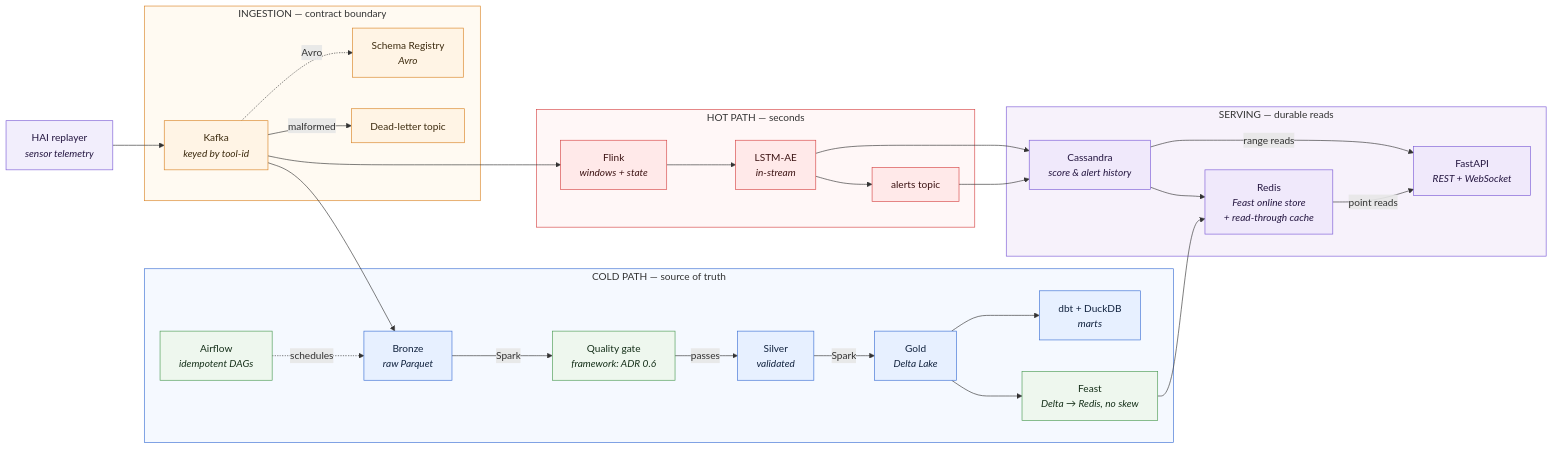
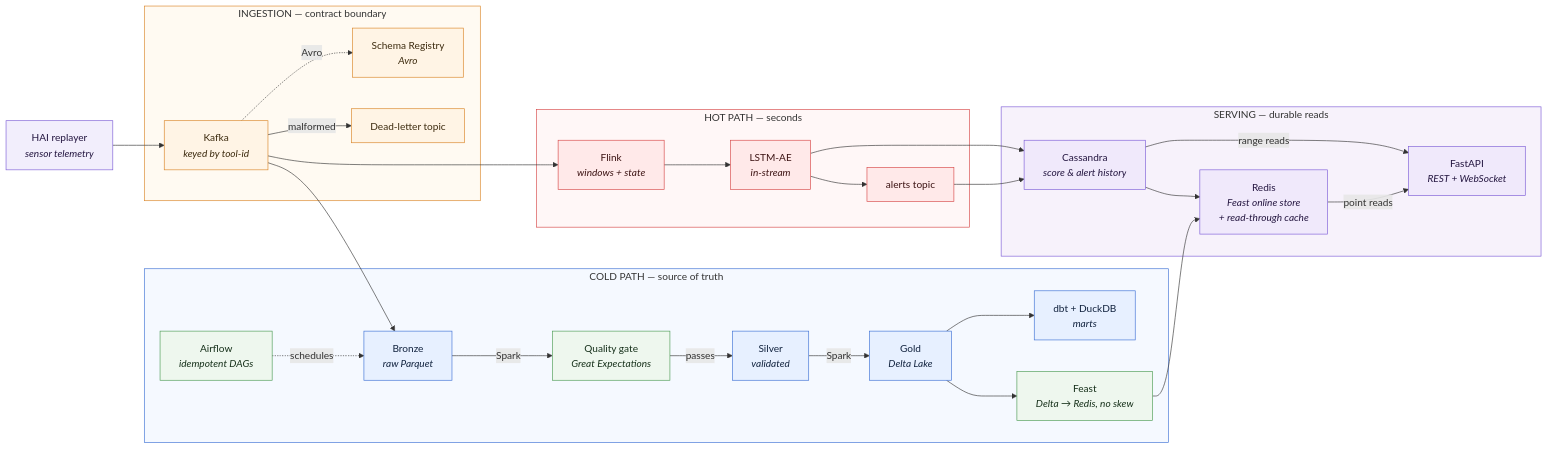
One commit to pqtrng/stream-lakehouse changed the first of 2 diagrams in README.md. Above: the diagram before and after it, drawn with Mermaid. The commit also changed other lines of this file and 1 other file, not shown here.

Commit message:
Accept ADR 0006: Great Expectations gates Silver promotion

````diff
--- a/README.md
+++ b/README.md
@@ -26,65 +26,65 @@
 ```mermaid
 flowchart LR
     SRC["HAI replayer<br/><i>sensor telemetry</i>"]
 
     subgraph EDGE["INGESTION — contract boundary"]
         KAFKA["Kafka<br/><i>keyed by tool-id</i>"]
         REG["Schema Registry<br/><i>Avro</i>"]
         DLQ["Dead-letter topic"]
     end
 
     subgraph HOT["HOT PATH — seconds"]
         FLINK["Flink<br/><i>windows + state</i>"]
         SCORE["LSTM-AE<br/><i>in-stream</i>"]
         ALERTS["alerts topic"]
     end
 
     subgraph SERVE["SERVING — durable reads"]
         CASS["Cassandra<br/><i>score &amp; alert history</i>"]
         REDIS["Redis<br/><i>Feast online store<br/>+ read-through cache</i>"]
         API["FastAPI<br/><i>REST + WebSocket</i>"]
     end
 
     subgraph COLD["COLD PATH — source of truth"]
         AIRFLOW["Airflow<br/><i>idempotent DAGs</i>"]
         BRONZE["Bronze<br/><i>raw Parquet</i>"]
-        QG["Quality gate<br/><i>framework: ADR 0.6</i>"]
+        QG["Quality gate<br/><i>Great Expectations</i>"]
         SILVER["Silver<br/><i>validated</i>"]
         GOLD["Gold<br/><i>Delta Lake</i>"]
         MART["dbt + DuckDB<br/><i>marts</i>"]
         FEAST["Feast<br/><i>Delta → Redis, no skew</i>"]
     end
 
     SRC --> KAFKA
     KAFKA -. Avro .-> REG
     KAFKA -- malformed --> DLQ
     KAFKA --> FLINK --> SCORE --> ALERTS
     SCORE --> CASS
     ALERTS --> CASS
     CASS -- range reads --> API
     CASS --> REDIS -- point reads --> API
     KAFKA --> BRONZE
     BRONZE -- Spark --> QG -- passes --> SILVER -- Spark --> GOLD --> MART
     GOLD --> FEAST
     FEAST --> REDIS
     AIRFLOW -. schedules .-> BRONZE
 
     style EDGE fill:#fffaf2,stroke:#d98324,stroke-width:1px
     style HOT fill:#fff7f7,stroke:#d64545,stroke-width:1px
     style SERVE fill:#f7f2fb,stroke:#7b5bd6,stroke-width:1px
     style COLD fill:#f5f9ff,stroke:#3b6fd4,stroke-width:1px
 
     classDef ingest fill:#fff4e5,stroke:#d98324,stroke-width:1px,color:#3d2b0f
     classDef hot fill:#ffe9e9,stroke:#d64545,stroke-width:1px,color:#3d1414
     classDef serving fill:#f0e9fb,stroke:#7b5bd6,stroke-width:1px,color:#241640
     classDef cold fill:#e7f0ff,stroke:#3b6fd4,stroke-width:1px,color:#12233f
     classDef gov fill:#eef7ee,stroke:#4a9a52,stroke-width:1px,color:#16301a
     classDef src fill:#f2eefc,stroke:#7b5bd6,stroke-width:1px,color:#241640
 
     class KAFKA,REG,DLQ ingest
     class FLINK,SCORE,ALERTS hot
     class CASS,REDIS,API serving
     class BRONZE,SILVER,GOLD,MART cold
     class QG,AIRFLOW,FEAST gov
     class SRC src
 ```
````
